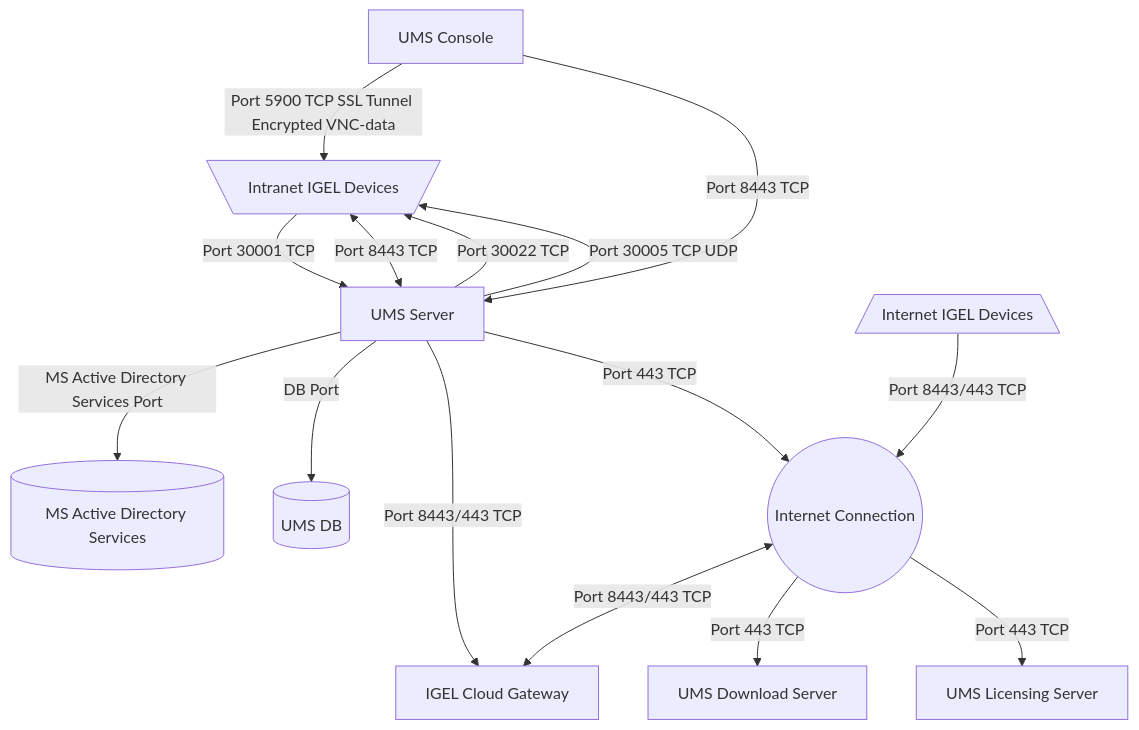
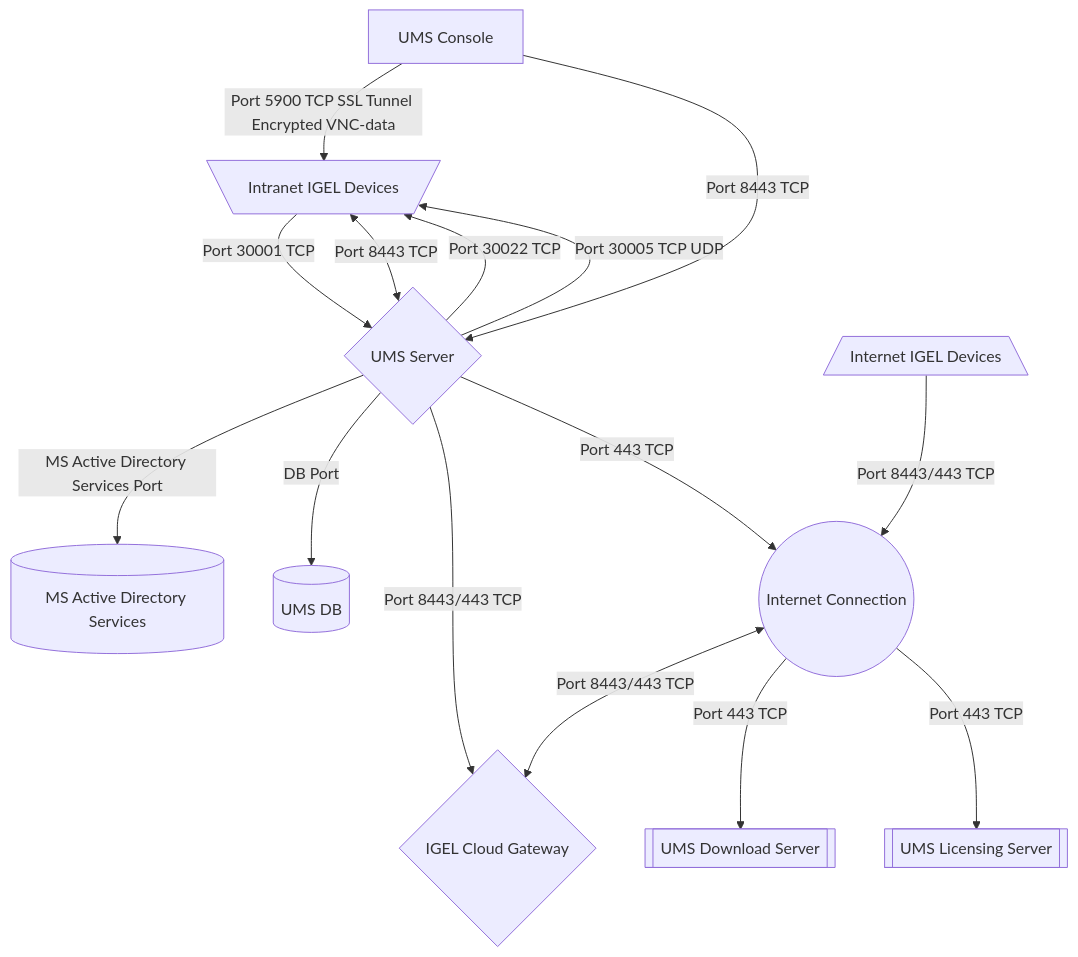
Before and after one commit to woydziak/IGEL-Docs: the diagram in Docs/HOWTO-Setup-Lab-Sandbox-Environment.md, drawn with Mermaid.

````diff
--- a/Docs/HOWTO-Setup-Lab-Sandbox-Environment.md
+++ b/Docs/HOWTO-Setup-Lab-Sandbox-Environment.md
@@ -7,17 +7,17 @@
 ```mermaid
 flowchart TD
   A[UMS Console]-- Port 5900 TCP SSL Tunnel Encrypted VNC-data --> B[\Intranet IGEL Devices/]
-  A[UMS Console]-- Port 8443 TCP --> C[UMS Server]
-  C[UMS Server]<-- Port 8443 TCP --> B[\Intranet IGEL Devices/]
-  C[UMS Server]-- MS Active Directory Services Port --> D[(MS Active Directory Services)]
-  C[UMS Server]-- DB Port--> E[(UMS DB)]
-  C[UMS Server]-- Port 30022 TCP --> B[\Intranet IGEL Devices/]
-  C[UMS Server]-- Port 30005 TCP UDP --> B[\Intranet IGEL Devices/]
-  C[UMS Server]-- Port 8443/443 TCP --> F[IGEL Cloud Gateway]
-  B[\Intranet IGEL Devices/]-- Port 30001 TCP --> C[UMS Server]
+  A[UMS Console]-- Port 8443 TCP --> C{UMS Server}
+  C{UMS Server}<-- Port 8443 TCP --> B[\Intranet IGEL Devices/]
+  C{UMS Server}-- MS Active Directory Services Port --> D[(MS Active Directory Services)]
+  C{UMS Server}-- DB Port--> E[(UMS DB)]
+  C{UMS Server}-- Port 30022 TCP --> B[\Intranet IGEL Devices/]
+  C{UMS Server}-- Port 30005 TCP UDP --> B[\Intranet IGEL Devices/]
+  C{UMS Server}-- Port 8443/443 TCP --> F{IGEL Cloud Gateway}
+  B[\Intranet IGEL Devices/]-- Port 30001 TCP --> C{UMS Server}
   G[/Internet IGEL Devices\]-- Port 8443/443 TCP --> H((Internet Connection))
-  H((Internet Connection))<-- Port 8443/443 TCP --> F[IGEL Cloud Gateway]
-  C[UMS Server]-- Port 443 TCP --> H((Internet Connection))
-  H((Internet Connection))-- Port 443 TCP --> I[UMS Download Server]
-  H((Internet Connection))-- Port 443 TCP --> J[UMS Licensing Server]
+  H((Internet Connection))<-- Port 8443/443 TCP --> F{IGEL Cloud Gateway}
+  C{UMS Server}-- Port 443 TCP --> H((Internet Connection))
+  H((Internet Connection))-- Port 443 TCP --> I[[UMS Download Server]]
+  H((Internet Connection))-- Port 443 TCP --> J[[UMS Licensing Server]]
 ```
````
